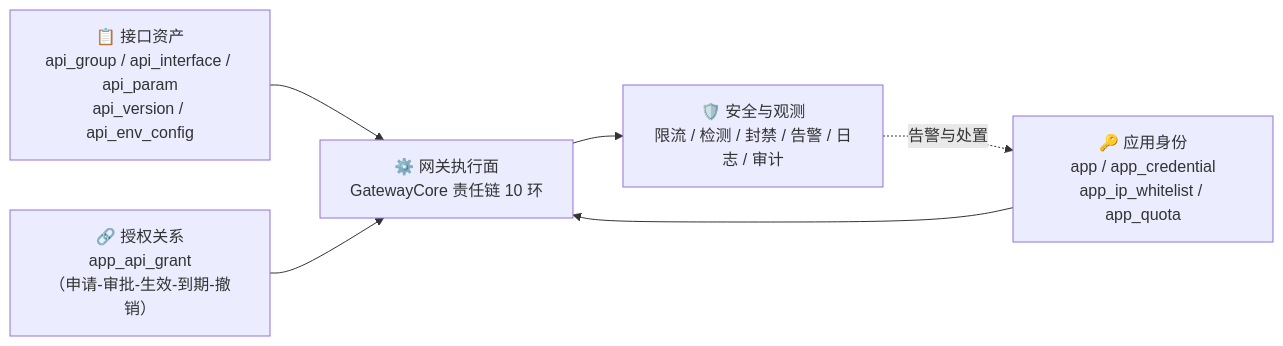
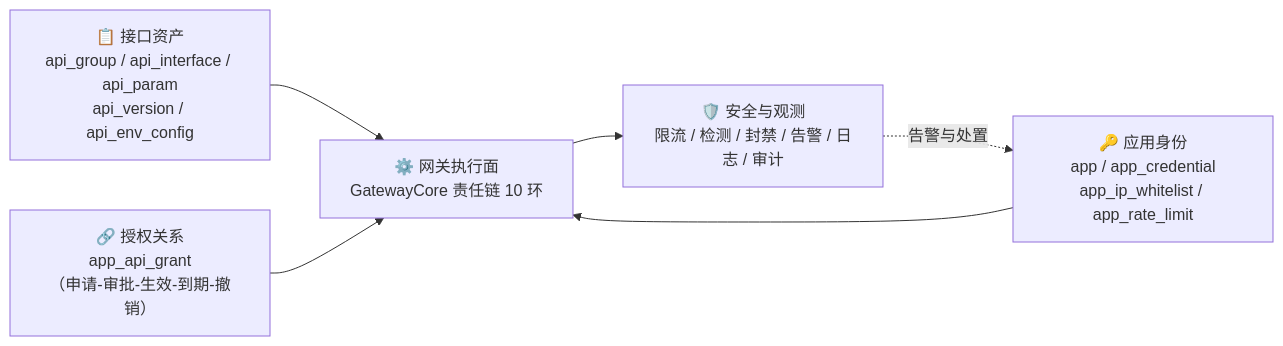
The first of 7 diagrams in docs/GateKeeper-业务与核心流程.md (Change-Only/GateKeeper), drawn with Mermaid before and after one commit. The commit also changed other lines of this file and 5 other files, not shown here.

````diff
--- a/docs/GateKeeper-业务与核心流程.md
+++ b/docs/GateKeeper-业务与核心流程.md
@@ -62,14 +62,14 @@
 ```mermaid
 graph LR
     A["📋 接口资产<br/>api_group / api_interface / api_param<br/>api_version / api_env_config"]
-    B["🔑 应用身份<br/>app / app_credential<br/>app_ip_whitelist / app_quota"]
+    B["🔑 应用身份<br/>app / app_credential<br/>app_ip_whitelist / app_rate_limit"]
     C["🔗 授权关系<br/>app_api_grant<br/>（申请-审批-生效-到期-撤销）"]
     G["⚙️ 网关执行面<br/>GatewayCore 责任链 10 环"]
     S["🛡️ 安全与观测<br/>限流 / 检测 / 封禁 / 告警 / 日志 / 审计"]
 
     A --> G
     B --> G
     C --> G
     G --> S
     S -.告警与处置.-> B
 ```
````
